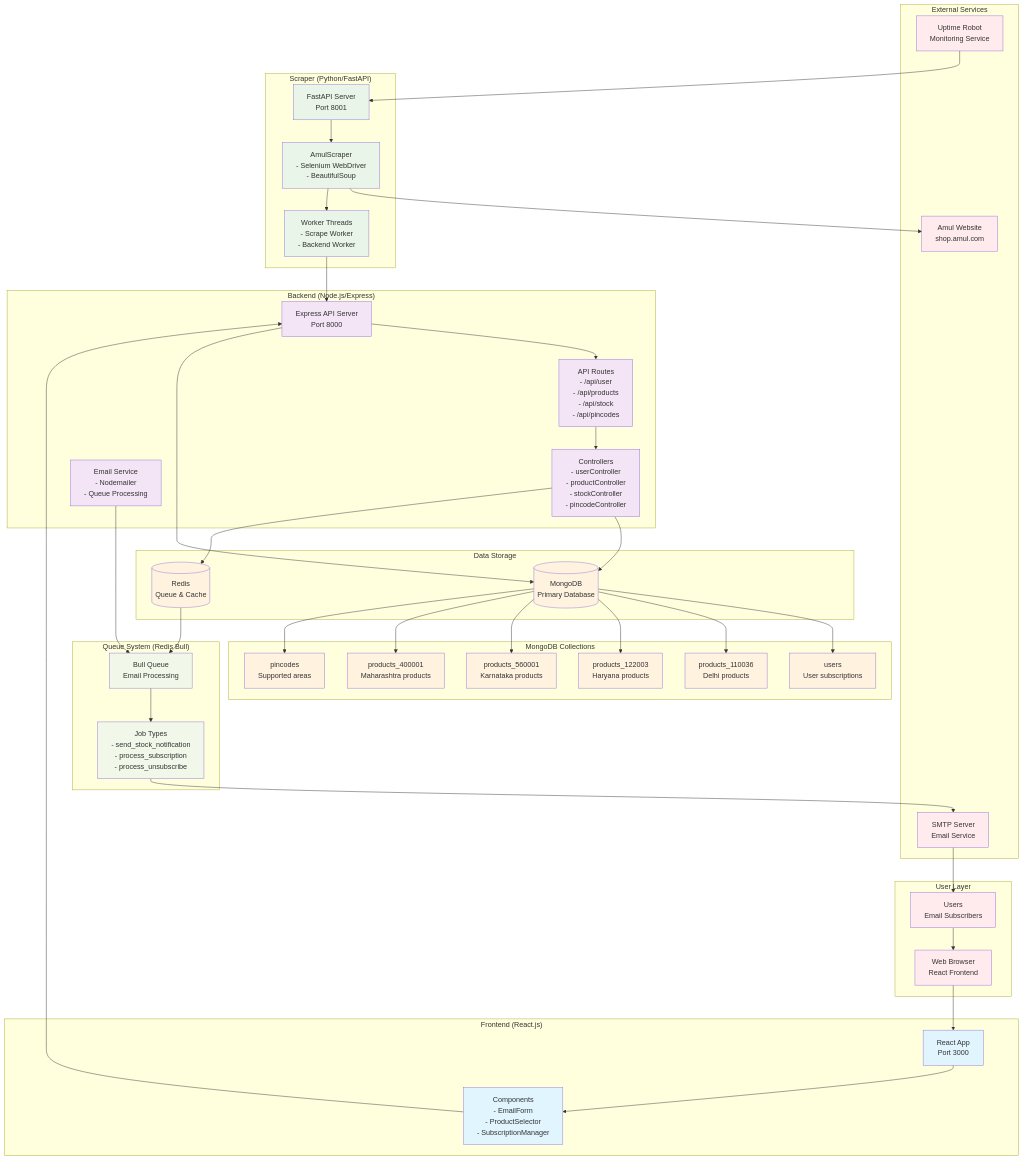
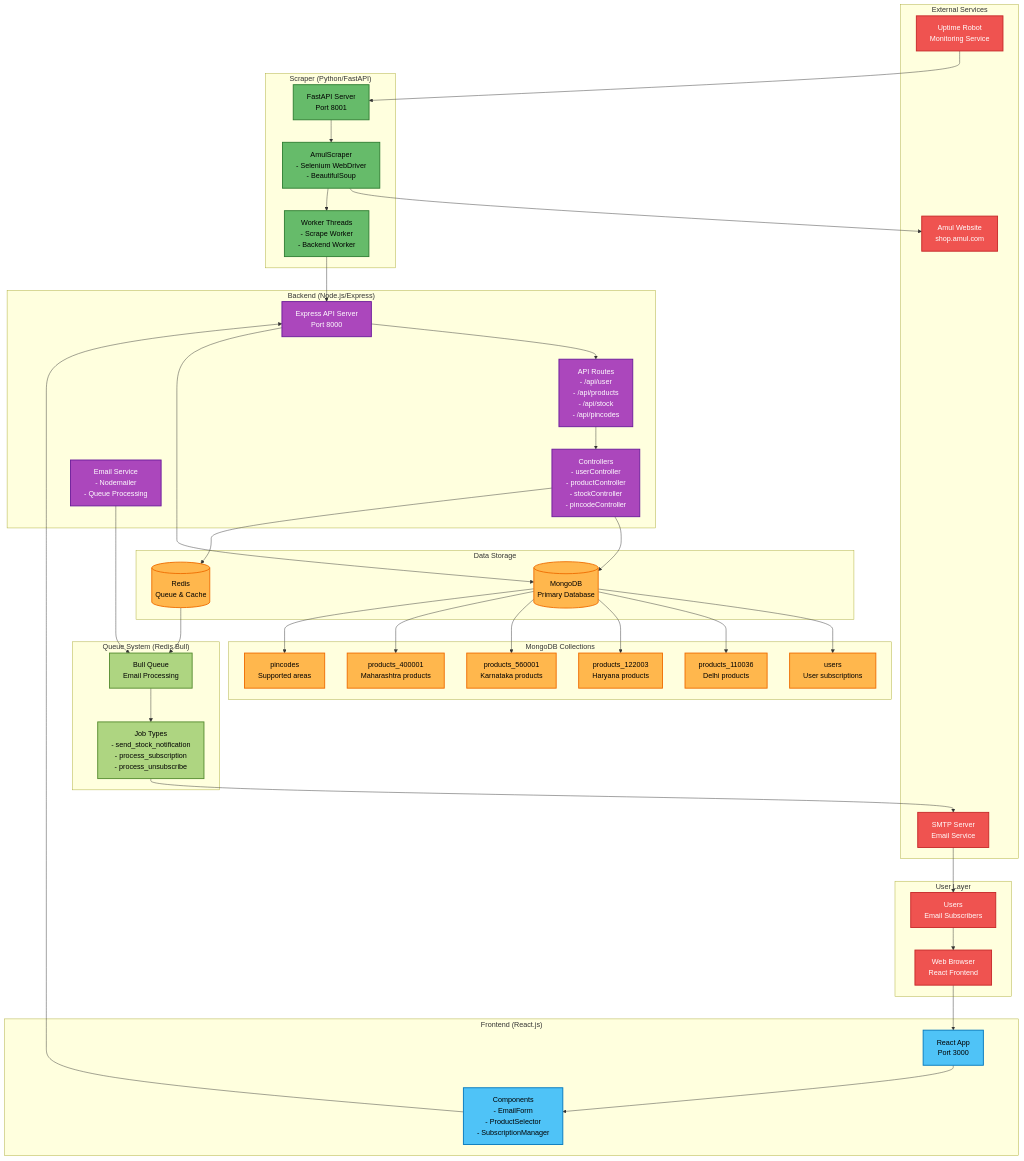
One commit to Gaurishh/amul-protein-products-notifier changed the diagram in architecture_diagram.md. Above: the diagram before and after it, drawn with Mermaid.

Commit message:
Changed architecture theme

```diff
--- a/architecture_diagram.md
+++ b/architecture_diagram.md
@@ -92,13 +92,13 @@
     MONGODB --> PRODUCTS_MAH
     MONGODB --> PINCODES
 
-    %% Styling
-    classDef frontend fill:#e1f5fe
-    classDef backend fill:#f3e5f5
-    classDef scraper fill:#e8f5e8
-    classDef database fill:#fff3e0
-    classDef external fill:#ffebee
-    classDef queue fill:#f1f8e9
+    %% Styling - Light Theme
+    classDef frontend fill:#4fc3f7,stroke:#0277bd,stroke-width:2px,color:#000
+    classDef backend fill:#ab47bc,stroke:#6a1b9a,stroke-width:2px,color:#fff
+    classDef scraper fill:#66bb6a,stroke:#2e7d32,stroke-width:2px,color:#000
+    classDef database fill:#ffb74d,stroke:#ef6c00,stroke-width:2px,color:#000
+    classDef external fill:#ef5350,stroke:#c62828,stroke-width:2px,color:#fff
+    classDef queue fill:#aed581,stroke:#558b2f,stroke-width:2px,color:#000
 
     class REACT,COMPONENTS frontend
     class API,ROUTES,CONTROLLERS,EMAIL_SERVICE backend
```
